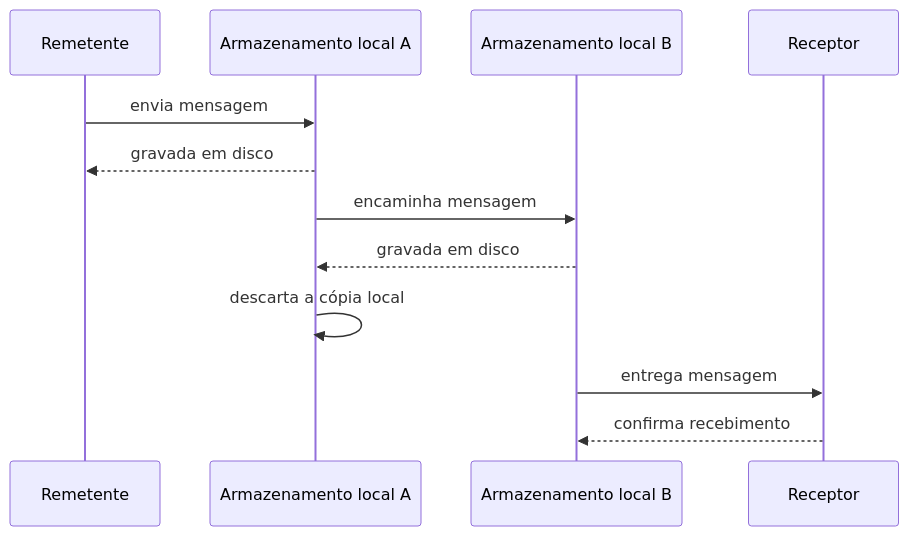
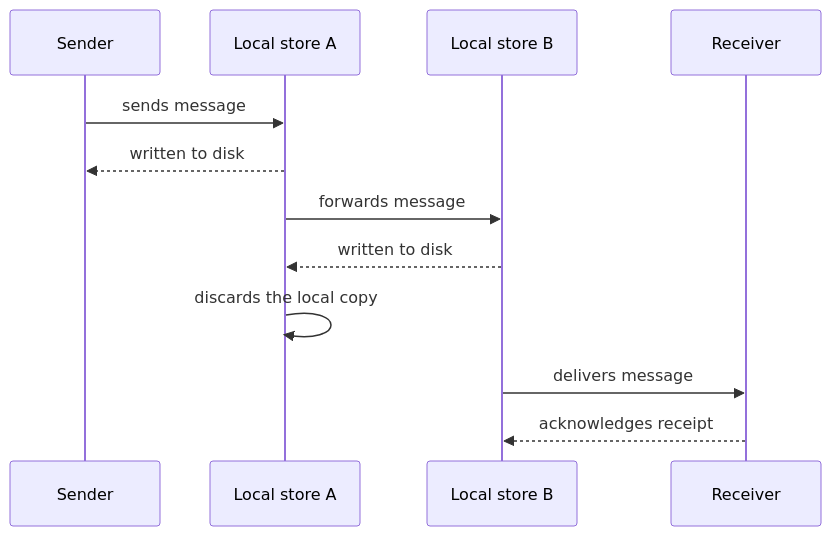
Before and after one commit to alancesar/design-patterns: the diagram in docs/architecture/eip/messaging-channels/guaranteed-delivery.md, drawn with Mermaid. The commit also changed 258 other files, not shown here.

First line of the commit message:
Translate Mermaid diagrams to English

````diff
--- a/docs/architecture/eip/messaging-channels/guaranteed-delivery.md
+++ b/docs/architecture/eip/messaging-channels/guaranteed-delivery.md
@@ -54,14 +54,14 @@
 ```mermaid
 sequenceDiagram
-    participant S as Remetente
-    participant M1 as Armazenamento local A
-    participant M2 as Armazenamento local B
-    participant R as Receptor
-    S->>M1: envia mensagem
-    M1-->>S: gravada em disco
-    M1->>M2: encaminha mensagem
-    M2-->>M1: gravada em disco
-    M1->>M1: descarta a cópia local
-    M2->>R: entrega mensagem
-    R-->>M2: confirma recebimento
+    participant S as Sender
+    participant M1 as Local store A
+    participant M2 as Local store B
+    participant R as Receiver
+    S->>M1: sends message
+    M1-->>S: written to disk
+    M1->>M2: forwards message
+    M2-->>M1: written to disk
+    M1->>M1: discards the local copy
+    M2->>R: delivers message
+    R-->>M2: acknowledges receipt
 ```
````
